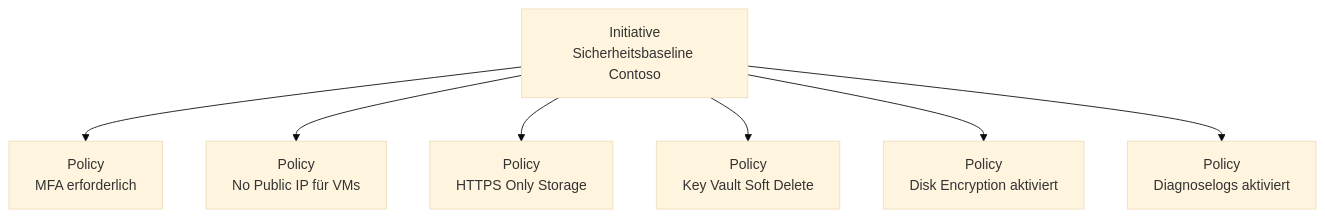
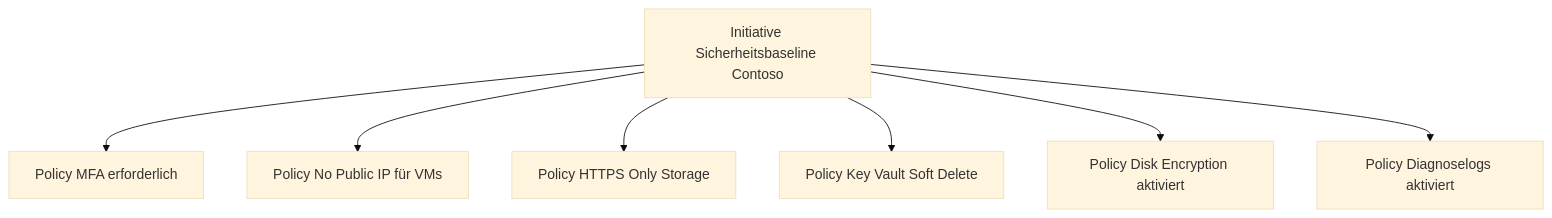
Before and after one commit to SoniiiT/notes-n-docs: the first of 2 diagrams in Microsoft 365/Azure/Grundlagen/Azure Policy.md, drawn with Mermaid (base theme). The commit also changed other lines of this file and 124 other files, not shown here.

First line of the commit message:
fix: Entferne \n aus allen Mermaid-Diagrammen (125 Dateien)

````diff
--- a/Microsoft 365/Azure/Grundlagen/Azure Policy.md
+++ b/Microsoft 365/Azure/Grundlagen/Azure Policy.md
@@ -130,9 +130,9 @@
 ```mermaid
 graph TD
-    INI[Initiative\nSicherheitsbaseline Contoso] --> P1[Policy\nMFA erforderlich]
-    INI --> P2[Policy\nNo Public IP für VMs]
-    INI --> P3[Policy\nHTTPS Only Storage]
-    INI --> P4[Policy\nKey Vault Soft Delete]
-    INI --> P5[Policy\nDisk Encryption aktiviert]
-    INI --> P6[Policy\nDiagnoselogs aktiviert]
+    INI[Initiative Sicherheitsbaseline Contoso] --> P1[Policy MFA erforderlich]
+    INI --> P2[Policy No Public IP für VMs]
+    INI --> P3[Policy HTTPS Only Storage]
+    INI --> P4[Policy Key Vault Soft Delete]
+    INI --> P5[Policy Disk Encryption aktiviert]
+    INI --> P6[Policy Diagnoselogs aktiviert]
 ```
````
